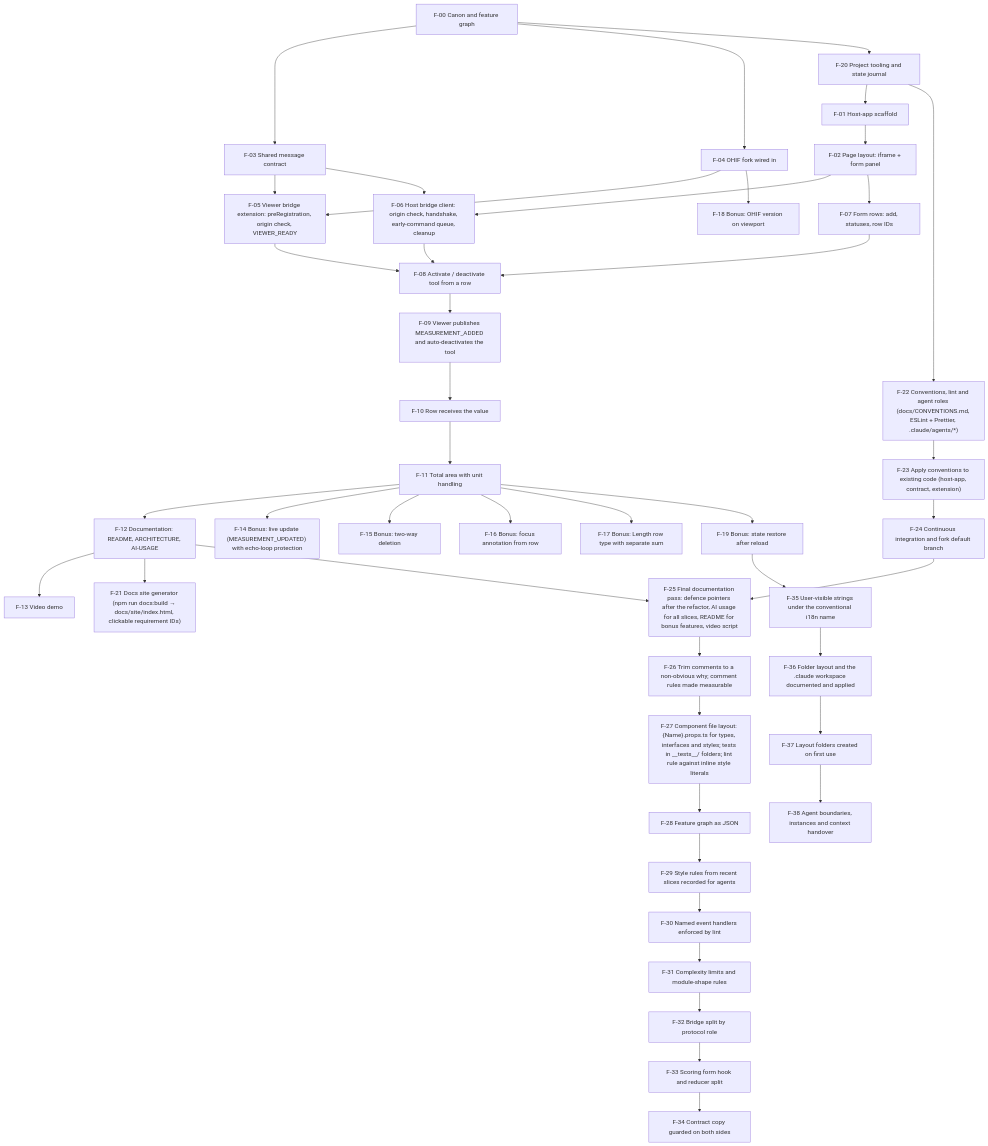
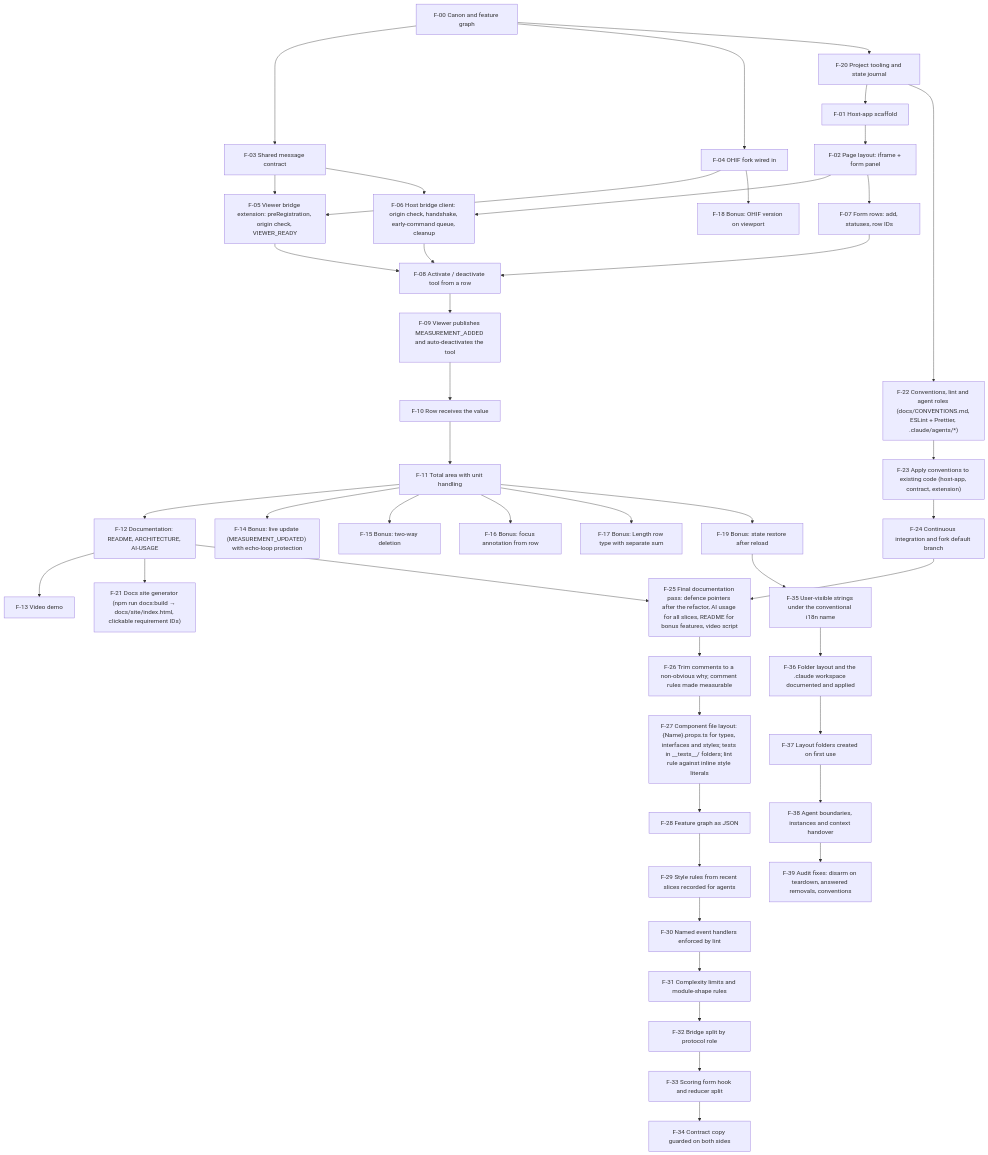
One commit to bdiadiun/artifact-synchronization changed the diagram in docs/FEATURE-GRAPH.md. Above: the diagram before and after it, drawn with Mermaid. The commit also changed other lines of this file and 33 other files, not shown here.

Commit message:
fix: disarm on teardown, answer removals, convention debt

````diff
--- a/docs/FEATURE-GRAPH.md
+++ b/docs/FEATURE-GRAPH.md
@@ -134,6 +135,7 @@
   F36["F-36 Folder layout and the .claude workspace documented and applied"]
   F37["F-37 Layout folders created on first use"]
   F38["F-38 Agent boundaries, instances and context handover"]
+  F39["F-39 Audit fixes: disarm on teardown, answered removals, conventions"]
 
   F20 --> F01
   F01 --> F02
@@ -178,4 +180,5 @@
   F35 --> F36
   F36 --> F37
   F37 --> F38
+  F38 --> F39
 ```
````
